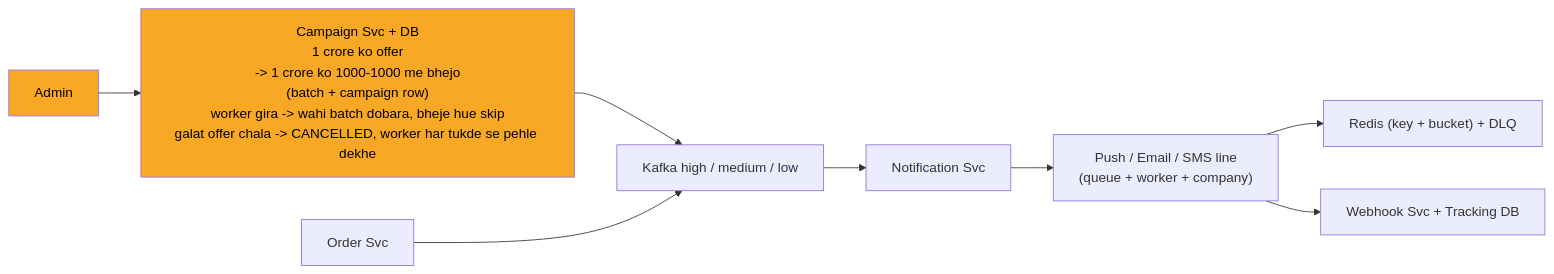
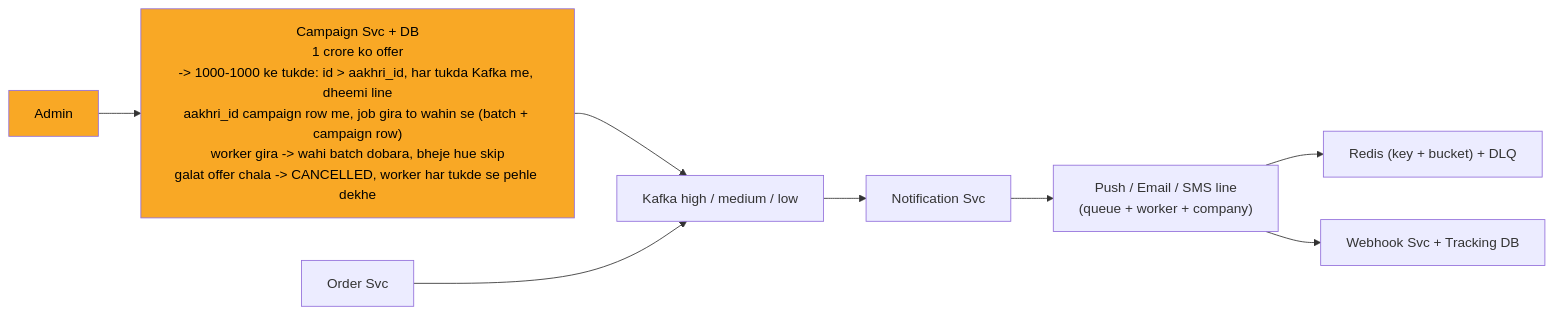
One commit to ArpanMaheshwari144/Prep changed diagram 11 of 13 in 04_HLD/SYSTEM_DESIGNS/04_notification_system/04_notification_system.md. Above: the diagram before and after it, drawn with Mermaid. The commit also changed other lines of this file and 13 other files, not shown here.

````diff
--- a/04_HLD/SYSTEM_DESIGNS/04_notification_system/04_notification_system.md
+++ b/04_HLD/SYSTEM_DESIGNS/04_notification_system/04_notification_system.md
@@ -443,21 +447,21 @@
 ```mermaid
 %%{init: {"flowchart": {"wrappingWidth": 450}}}%%
 flowchart LR
     n_Admin["Admin"]
-    n_CAMP["Campaign Svc + DB<br/>1 crore ko offer<br/>-> 1 crore ko 1000-1000 me bhejo<br/>(batch + campaign row)<br/>worker gira -> wahi batch dobara, bheje hue skip<br/>galat offer chala -> CANCELLED, worker har tukde se pehle dekhe"]
+    n_CAMP["Campaign Svc + DB<br/>1 crore ko offer<br/>-> 1000-1000 ke tukde: id > aakhri_id, har tukda Kafka me, dheemi line<br/>aakhri_id campaign row me, job gira to wahin se (batch + campaign row)<br/>worker gira -> wahi batch dobara, bheje hue skip<br/>galat offer chala -> CANCELLED, worker har tukde se pehle dekhe"]
     n_Order_Svc["Order Svc"]
     n_Kafka["Kafka high / medium / low"]
     n_Notification_Svc["Notification Svc"]
     n_LINES["Push / Email / SMS line<br/>(queue + worker + company)"]
     n_RDLQ["Redis (key + bucket) + DLQ"]
     n_WH["Webhook Svc + Tracking DB"]
     n_Admin --> n_CAMP
     n_CAMP --> n_Kafka
     n_Order_Svc --> n_Kafka
     n_Kafka --> n_Notification_Svc
     n_Notification_Svc --> n_LINES
     n_LINES --> n_RDLQ
     n_LINES --> n_WH
     style n_Admin fill:#f9a825,color:#000
     style n_CAMP fill:#f9a825,color:#000
 ```
````
